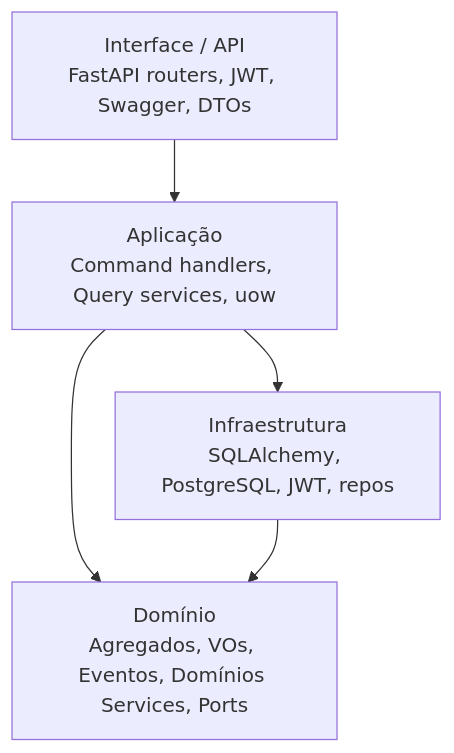
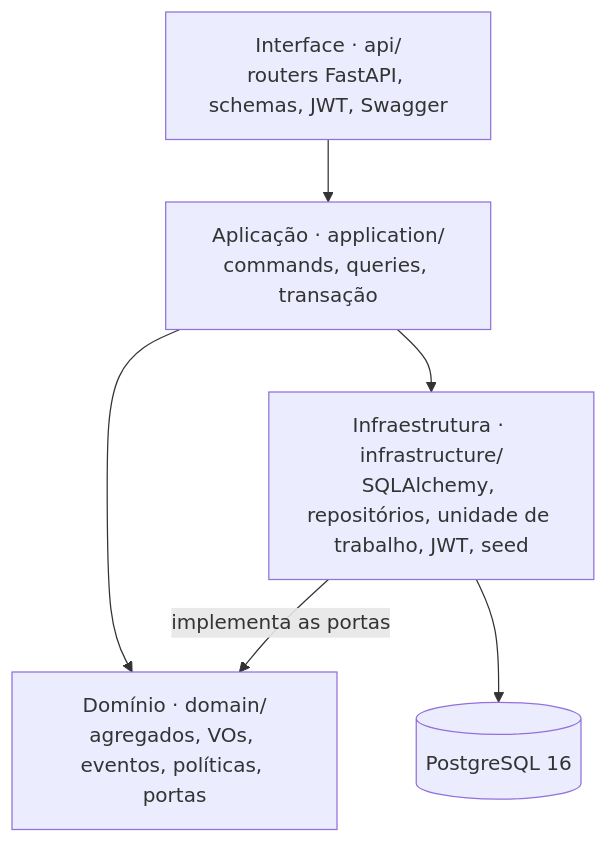
The fifth of 5 diagrams in docs/ddd/diagramas.md (RodrigoSiliunas/fiap-tech-challenge-ddd), drawn with Mermaid before and after one commit. The commit also changed other lines of this file and 11 other files, not shown here.

````diff
--- a/docs/ddd/diagramas.md
+++ b/docs/ddd/diagramas.md
@@ -164,11 +165,13 @@
 ```mermaid
 flowchart TB
-  UI[Interface / API<br/>FastAPI routers, JWT, Swagger, DTOs]
-  APP[Aplicação<br/>Command handlers, Query services, uow]
-  DOM[Domínio<br/>Agregados, VOs, Eventos, Domínios Services, Ports]
-  INF[Infraestrutura<br/>SQLAlchemy, PostgreSQL, JWT, repos]
+  UI[Interface · api/<br/>routers FastAPI, schemas, JWT, Swagger]
+  APP[Aplicação · application/<br/>commands, queries, transação]
+  DOM[Domínio · domain/<br/>agregados, VOs, eventos, políticas, portas]
+  INF[Infraestrutura · infrastructure/<br/>SQLAlchemy, repositórios, unidade de trabalho, JWT, seed]
+  DB[(PostgreSQL 16)]
   UI --> APP
   APP --> DOM
-  INF --> DOM
   APP --> INF
+  INF -->|implementa as portas| DOM
+  INF --> DB
 ```
````
